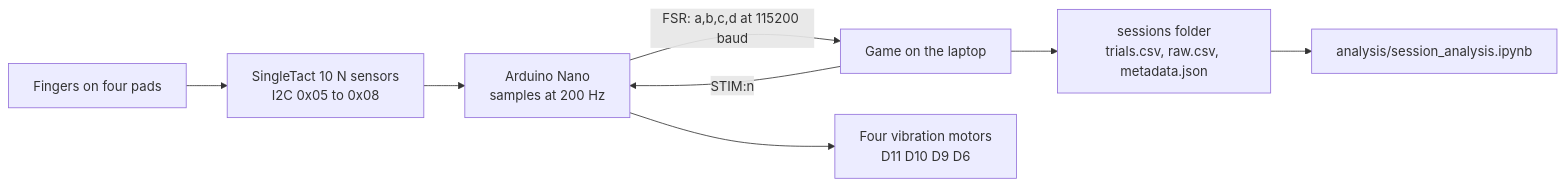
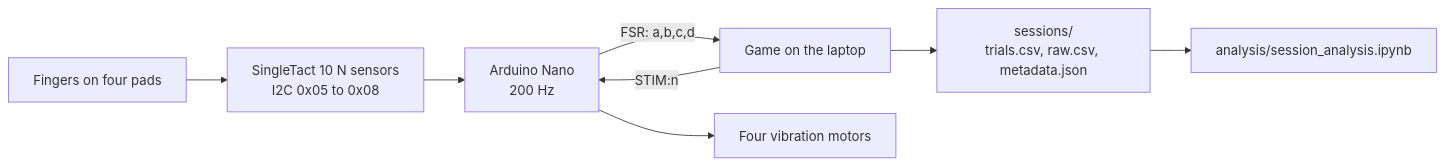
One commit to basil2fxs/Hand-Rehab-Thesis changed the second of 2 diagrams in README.md. Above: the diagram before and after it, drawn with Mermaid. The commit also changed other lines of this file and 41 other files, not shown here.

````diff
--- a/README.md
+++ b/README.md
@@ -24,10 +42,10 @@
 ```mermaid
 flowchart LR
   H["Fingers on four pads"] --> S["SingleTact 10 N sensors<br>I2C 0x05 to 0x08"]
-  S --> A["Arduino Nano<br>samples at 200 Hz"]
-  A -->|"FSR: a,b,c,d at 115200 baud"| G["Game on the laptop"]
+  S --> A["Arduino Nano<br>200 Hz"]
+  A -->|"FSR: a,b,c,d"| G["Game on the laptop"]
   G -->|"STIM:n"| A
-  A --> M["Four vibration motors<br>D11 D10 D9 D6"]
-  G --> F["sessions folder<br>trials.csv, raw.csv, metadata.json"]
+  A --> M["Four vibration motors"]
+  G --> F["sessions/<br>trials.csv, raw.csv, metadata.json"]
   F --> N["analysis/session_analysis.ipynb"]
 ```
````
